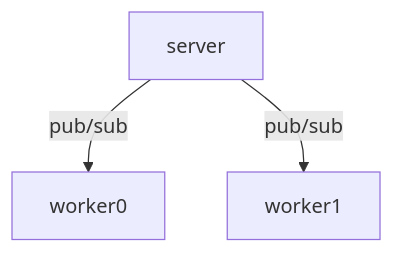
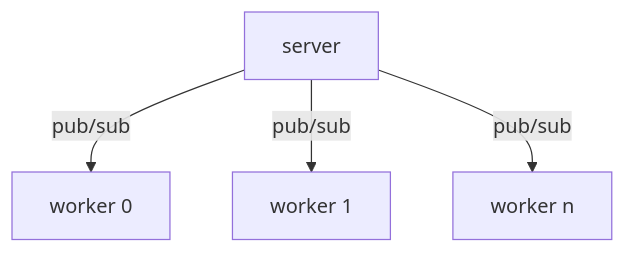
Before and after one commit to jvmvik/czmq_pub_sub_example: the diagram in README.md, drawn with Mermaid. The commit also changed other lines of this file, not shown here.

````diff
--- a/README.md
+++ b/README.md
@@ -5,5 +5,6 @@
 ```mermaid
 flowchart TB
-  server -->|pub/sub| worker0
-  server -->|pub/sub| worker1
+  server -->|pub/sub| w0[worker 0]
+  server -->|pub/sub| w1[worker 1]
+  server -->|pub/sub| wn[worker n]
 ```
````
